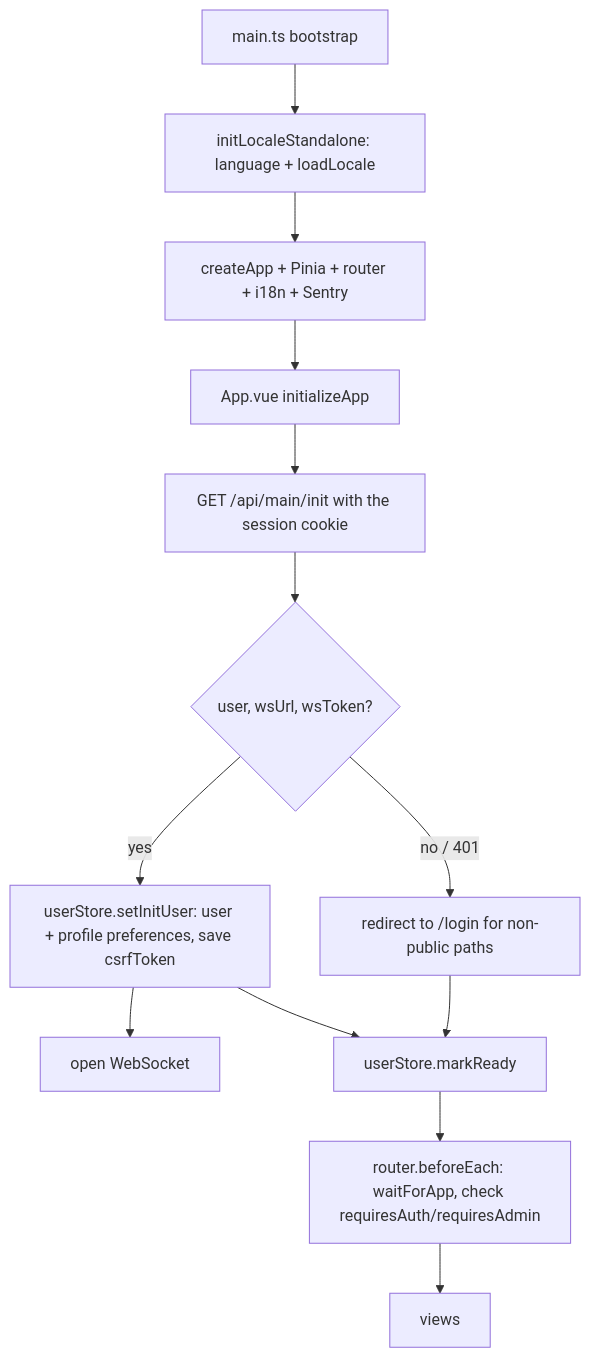
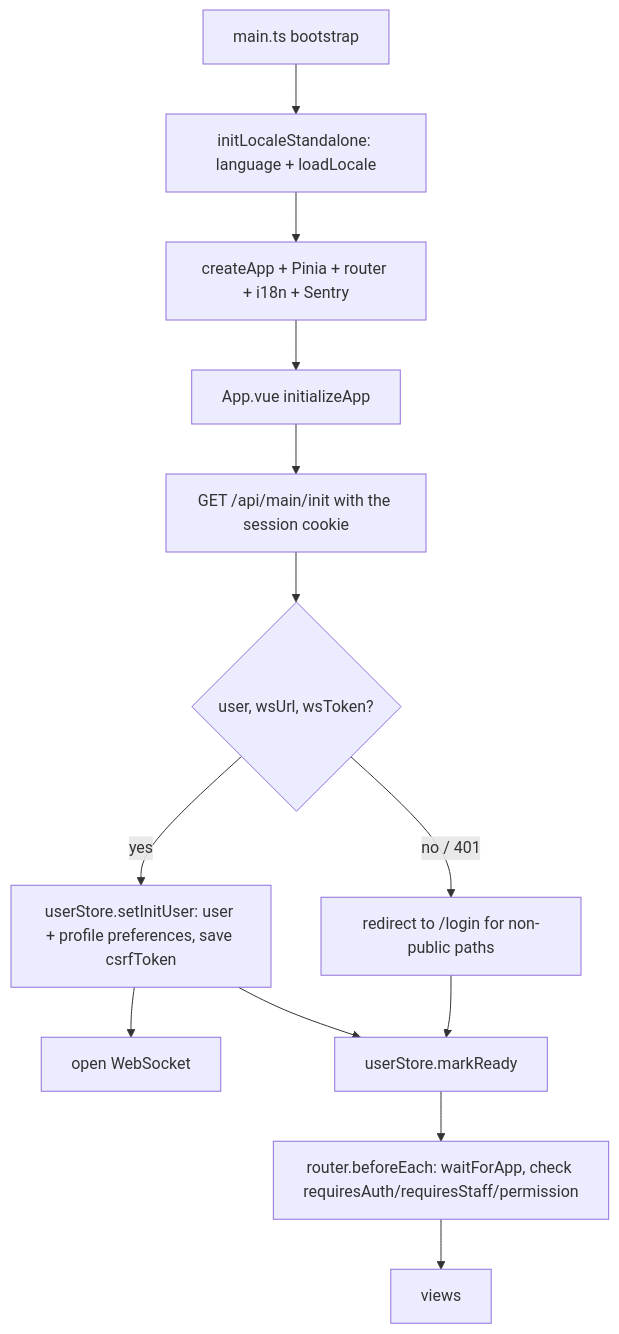
The diagram in documentation/en/frontend/index.md (Blazheiko/vibe-template), drawn with Mermaid before and after one commit. The commit also changed other lines of this file and 42 other files, not shown here.

````diff
--- a/documentation/en/frontend/index.md
+++ b/documentation/en/frontend/index.md
@@ -134,15 +134,15 @@
 ```mermaid
 flowchart TD
     A[main.ts bootstrap] --> B[initLocaleStandalone: language + loadLocale]
     B --> C[createApp + Pinia + router + i18n + Sentry]
     C --> D[App.vue initializeApp]
     D --> E[GET /api/main/init with the session cookie]
     E --> F{user, wsUrl, wsToken?}
     F -- yes --> G[userStore.setInitUser: user + profile preferences, save csrfToken]
     G --> H[open WebSocket]
     F -- no / 401 --> I[redirect to /login for non-public paths]
     G --> J[userStore.markReady]
     I --> J
-    J --> K[router.beforeEach: waitForApp, check requiresAuth/requiresAdmin]
+    J --> K[router.beforeEach: waitForApp, check requiresAuth/requiresStaff/permission]
     K --> L[views]
 ```
````
